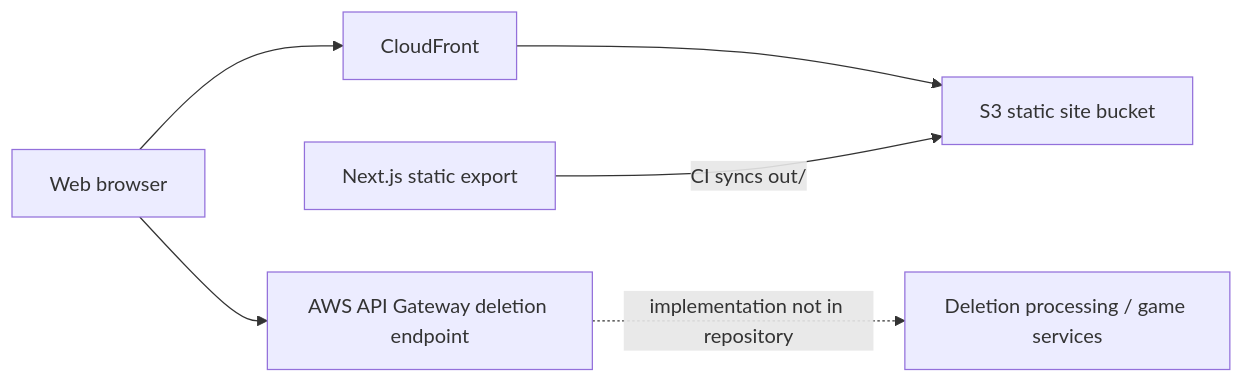
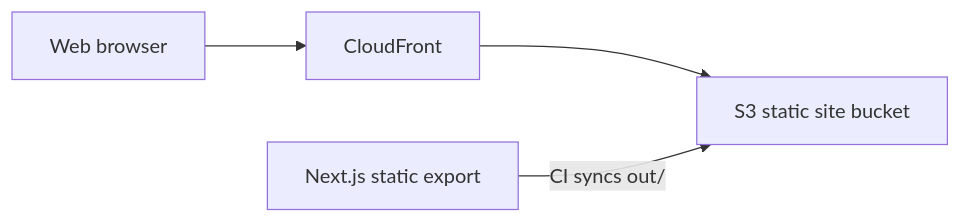
One commit to learnwithcodedragons/codedragons-site changed the diagram in ARCHITECTURE.md. Above: the diagram before and after it, drawn with Mermaid. The commit also changed other lines of this file and 23 other files, not shown here.

````diff
--- a/ARCHITECTURE.md
+++ b/ARCHITECTURE.md
@@ -18,8 +15,6 @@
 ```mermaid
 flowchart LR
     User["Web browser"] --> CDN["CloudFront"]
     CDN --> S3["S3 static site bucket"]
-    User --> API["AWS API Gateway deletion endpoint"]
-    Site["Next.js static export"] -->|"CI syncs out/"| S3
-    API -. "implementation not in repository" .-> Downstream["Deletion processing / game services"]
+    Build["Next.js static export"] -->|"CI syncs out/"| S3
 ```
````
